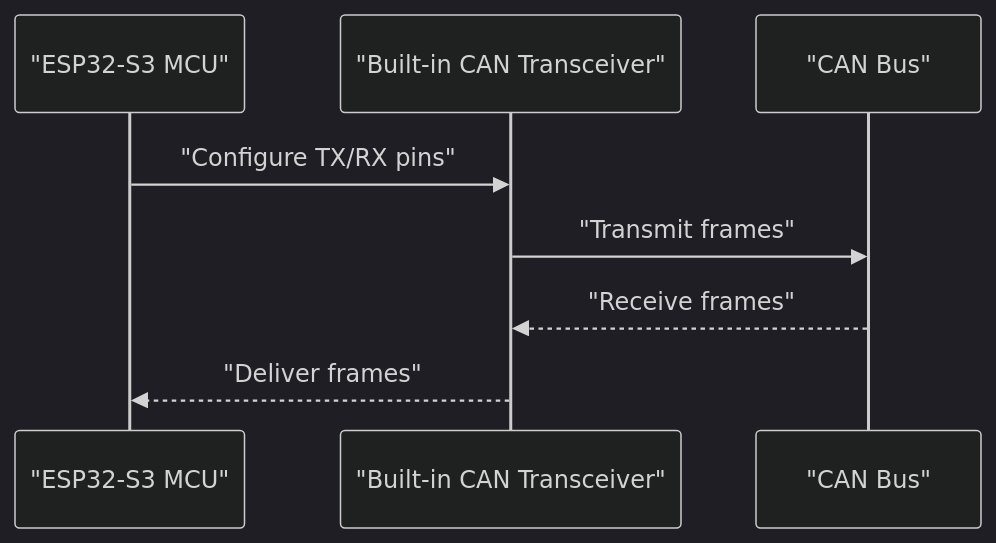
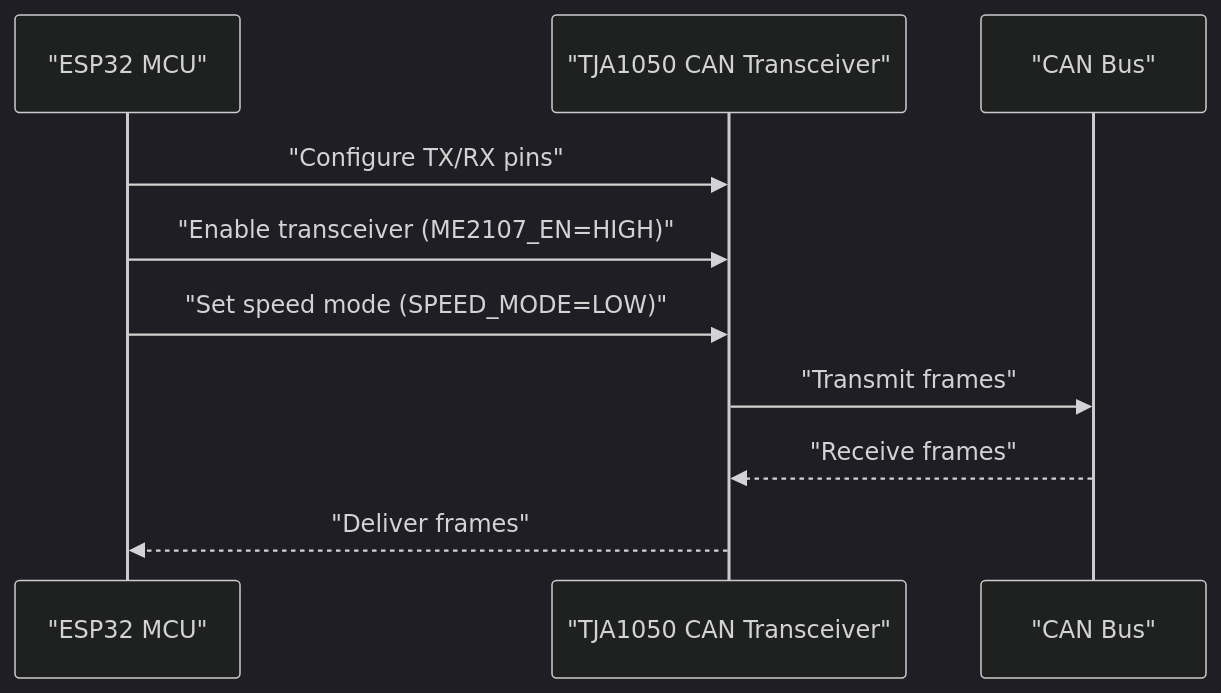
Before and after one commit to gunicsba/ESP_CAN_ECU_joystick_collection: the third of 9 diagrams in .qoder/repowiki/en/content/Hardware Architecture/Hardware Architecture.md, drawn with Mermaid (dark theme). The commit also changed other lines of this file and 15 other files, not shown here.

````diff
--- a/.qoder/repowiki/en/content/Hardware Architecture/Hardware Architecture.md
+++ b/.qoder/repowiki/en/content/Hardware Architecture/Hardware Architecture.md
@@ -104,10 +117,12 @@
 ```mermaid
 sequenceDiagram
-participant MCU as "ESP32-S3 MCU"
-participant TRX as "Built-in CAN Transceiver"
+participant MCU as "ESP32 MCU"
+participant TRX as "TJA1050 CAN Transceiver"
 participant BUS as "CAN Bus"
 MCU->>TRX : "Configure TX/RX pins"
+MCU->>TRX : "Enable transceiver (ME2107_EN=HIGH)"
+MCU->>TRX : "Set speed mode (SPEED_MODE=LOW)"
 TRX->>BUS : "Transmit frames"
 BUS-->>TRX : "Receive frames"
 TRX-->>MCU : "Deliver frames"
 ```
````
